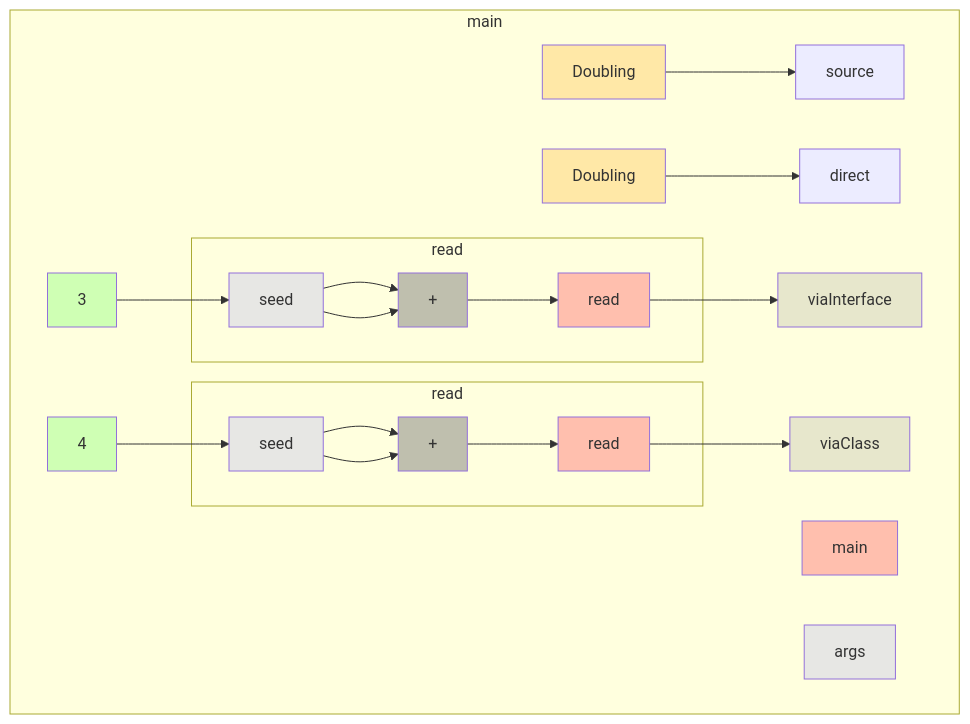
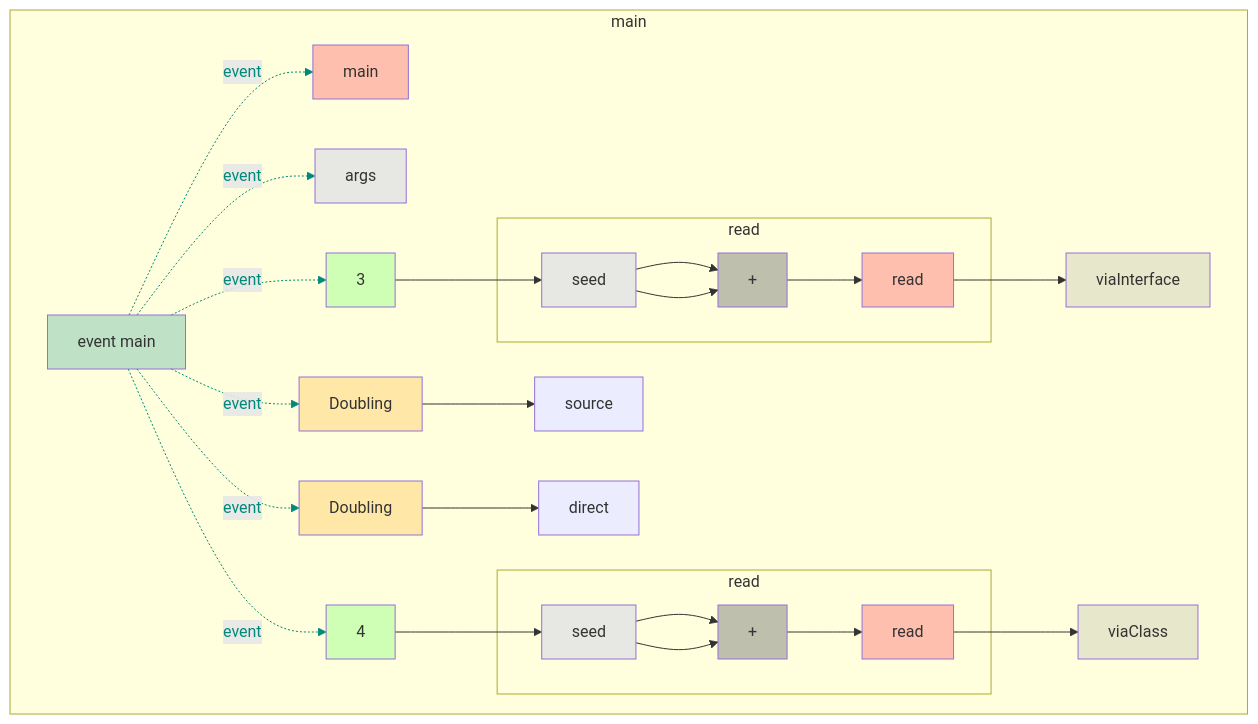
The diagram in app/src/test/resources/abstractMethod/snapshot.md (gstiebler/codeflow), drawn with Mermaid before and after one commit. The commit also changed 77 other files, not shown here.

````diff
--- a/app/src/test/resources/abstractMethod/snapshot.md
+++ b/app/src/test/resources/abstractMethod/snapshot.md
@@ -1,44 +1,58 @@
 ```mermaid
 flowchart TD
   subgraph b0["main"]
-    n1[main]:::RETURN
-    n2[args]:::FUNC_PARAM
-    n3[Doubling]:::EXTERNAL
-    n4[source]:::OBJ_VARIABLE
-    n5[3]:::LITERAL
-    n10[viaInterface]:::VARIABLE
-    n11[Doubling]:::EXTERNAL
-    n12[direct]:::OBJ_VARIABLE
-    n13[4]:::LITERAL
-    n18[viaClass]:::VARIABLE
-    n3[Doubling]:::EXTERNAL --> n4[source]:::OBJ_VARIABLE
-    n5[3]:::LITERAL --> n8[seed]:::FUNC_PARAM
-    n11[Doubling]:::EXTERNAL --> n12[direct]:::OBJ_VARIABLE
-    n13[4]:::LITERAL --> n16[seed]:::FUNC_PARAM
-    n7[read]:::RETURN --> n10[viaInterface]:::VARIABLE
-    n15[read]:::RETURN --> n18[viaClass]:::VARIABLE
-    subgraph b6["read"]
-      n7[read]:::RETURN
-      n8[seed]:::FUNC_PARAM
-      n9[+]:::BIN_OP
-      n8[seed]:::FUNC_PARAM --> n9[+]:::BIN_OP
-      n8[seed]:::FUNC_PARAM --> n9[+]:::BIN_OP
-      n9[+]:::BIN_OP --> n7[read]:::RETURN
+    n1[event main]:::EVENT
+    n2[main]:::RETURN
+    n3[args]:::FUNC_PARAM
+    n4[Doubling]:::EXTERNAL
+    n5[source]:::OBJ_VARIABLE
+    n6[3]:::LITERAL
+    n11[viaInterface]:::VARIABLE
+    n12[Doubling]:::EXTERNAL
+    n13[direct]:::OBJ_VARIABLE
+    n14[4]:::LITERAL
+    n19[viaClass]:::VARIABLE
+    n1[event main]:::EVENT -. event .-> n2[main]:::RETURN
+    n1[event main]:::EVENT -. event .-> n3[args]:::FUNC_PARAM
+    n1[event main]:::EVENT -. event .-> n4[Doubling]:::EXTERNAL
+    n1[event main]:::EVENT -. event .-> n6[3]:::LITERAL
+    n1[event main]:::EVENT -. event .-> n12[Doubling]:::EXTERNAL
+    n1[event main]:::EVENT -. event .-> n14[4]:::LITERAL
+    n4[Doubling]:::EXTERNAL --> n5[source]:::OBJ_VARIABLE
+    n6[3]:::LITERAL --> n9[seed]:::FUNC_PARAM
+    n12[Doubling]:::EXTERNAL --> n13[direct]:::OBJ_VARIABLE
+    n14[4]:::LITERAL --> n17[seed]:::FUNC_PARAM
+    n8[read]:::RETURN --> n11[viaInterface]:::VARIABLE
+    n16[read]:::RETURN --> n19[viaClass]:::VARIABLE
+    subgraph b7["read"]
+      n8[read]:::RETURN
+      n9[seed]:::FUNC_PARAM
+      n10[+]:::BIN_OP
+      n9[seed]:::FUNC_PARAM --> n10[+]:::BIN_OP
+      n9[seed]:::FUNC_PARAM --> n10[+]:::BIN_OP
+      n10[+]:::BIN_OP --> n8[read]:::RETURN
     end
-    subgraph b14["read"]
-      n15[read]:::RETURN
-      n16[seed]:::FUNC_PARAM
-      n17[+]:::BIN_OP
-      n16[seed]:::FUNC_PARAM --> n17[+]:::BIN_OP
-      n16[seed]:::FUNC_PARAM --> n17[+]:::BIN_OP
-      n17[+]:::BIN_OP --> n15[read]:::RETURN
+    subgraph b15["read"]
+      n16[read]:::RETURN
+      n17[seed]:::FUNC_PARAM
+      n18[+]:::BIN_OP
+      n17[seed]:::FUNC_PARAM --> n18[+]:::BIN_OP
+      n17[seed]:::FUNC_PARAM --> n18[+]:::BIN_OP
+      n18[+]:::BIN_OP --> n16[read]:::RETURN
     end
   end
+  linkStyle 0 stroke:#00897b,color:#00897b
+  linkStyle 1 stroke:#00897b,color:#00897b
+  linkStyle 2 stroke:#00897b,color:#00897b
+  linkStyle 3 stroke:#00897b,color:#00897b
+  linkStyle 4 stroke:#00897b,color:#00897b
+  linkStyle 5 stroke:#00897b,color:#00897b
   classDef LITERAL fill:#00FF0030
   classDef VARIABLE fill:#80808030
   classDef BIN_OP fill:#80808080
   classDef FUNC_PARAM fill:#8080FF30
   classDef RETURN fill:#FF808080
   classDef EXTERNAL fill:#FFA50040
   classDef UNMODELLED fill:#FF000030,stroke-dasharray: 4 2
+  classDef EVENT fill:#00897B40
 ```
````
